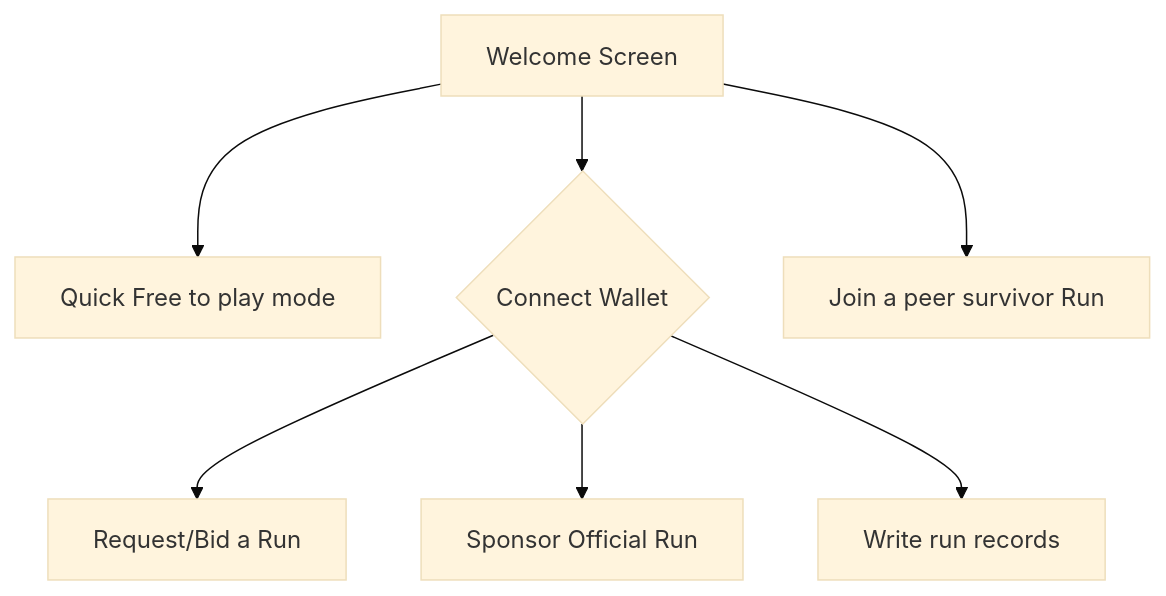
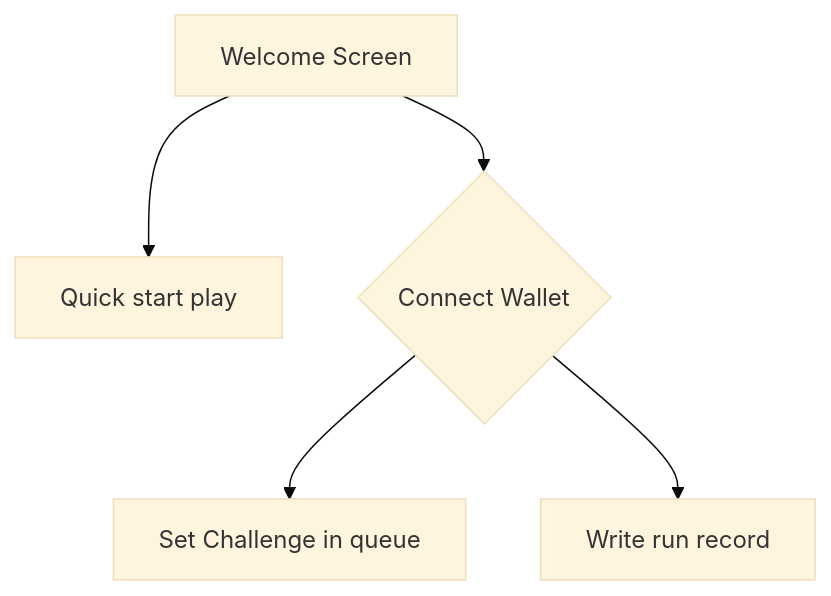
Before and after one commit to OnChainSurvivor/OnChainSurvivor: the first of 3 diagrams in README.md, drawn with Mermaid (base theme). The commit also changed other lines of this file, not shown here.

````diff
--- a/README.md
+++ b/README.md
@@ -122,9 +122,7 @@
 ```mermaid
 graph TD
-A[Welcome Screen] -->B[Quick Free to play mode]
+A[Welcome Screen] -->B[Quick start play ]
 A[Welcome Screen] --> D{Connect Wallet}
-A --> C[Join a peer survivor Run]
-D --> E[Request/Bid  a Run]
-D --> z[Sponsor Official Run]
-D --> G[Write run records]
+D --> E[Set Challenge in queue]
+D --> G[Write run record]
 ```
````
